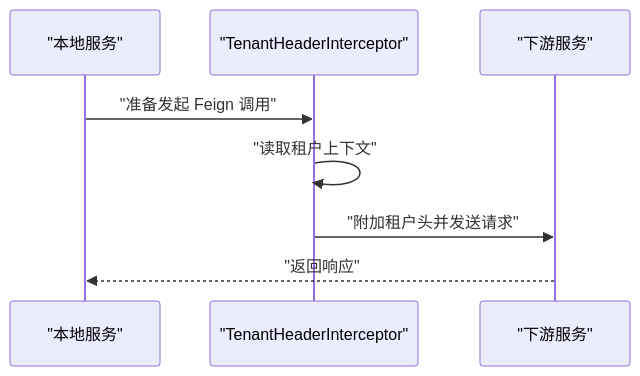
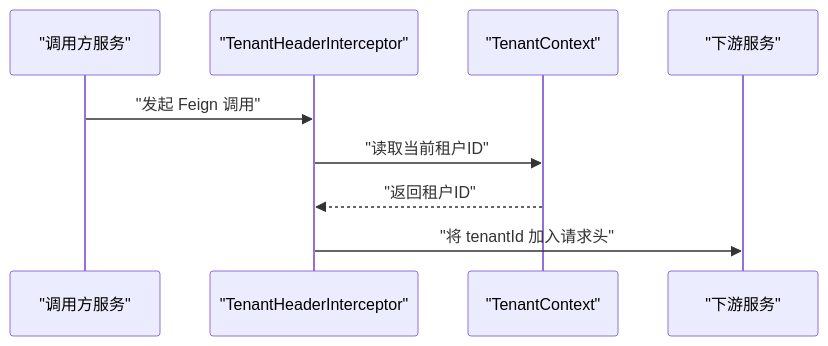
The fifth of 9 diagrams in .qoder/repowiki/zh/content/示例应用/多租户示例.md (LiukewenSC/kewen-framework), drawn with Mermaid before and after one commit. The commit also changed other lines of this file and 195 other files, not shown here.

````diff
--- a/.qoder/repowiki/zh/content/示例应用/多租户示例.md
+++ b/.qoder/repowiki/zh/content/示例应用/多租户示例.md
@@ -183,10 +192,12 @@
 ```mermaid
 sequenceDiagram
-participant Caller as "本地服务"
-participant Interceptor as "TenantHeaderInterceptor"
-participant Remote as "下游服务"
-Caller->>Interceptor : "准备发起 Feign 调用"
-Interceptor->>Interceptor : "读取租户上下文"
-Interceptor->>Remote : "附加租户头并发送请求"
-Remote-->>Caller : "返回响应"
+    participant Caller as "调用方服务"
+    participant Interceptor as "TenantHeaderInterceptor"
+    participant Context as "TenantContext"
+    participant Downstream as "下游服务"
+
+    Caller->>Interceptor: "发起 Feign 调用"
+    Interceptor->>Context: "读取当前租户ID"
+    Context-->>Interceptor: "返回租户ID"
+    Interceptor->>Downstream: "将 tenantId 加入请求头"
 ```
````
